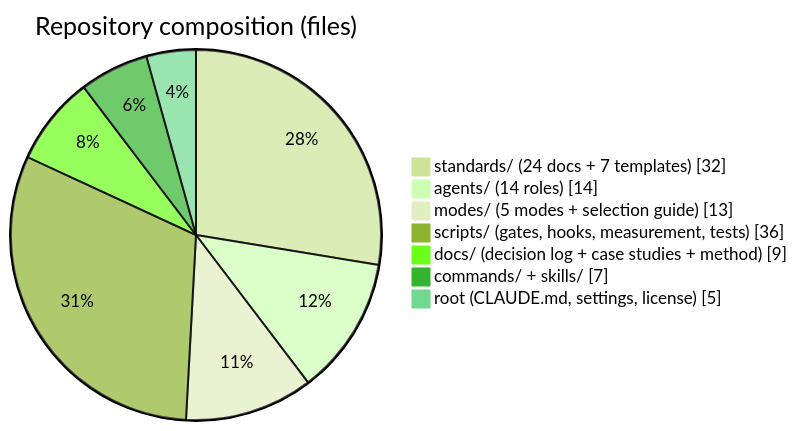
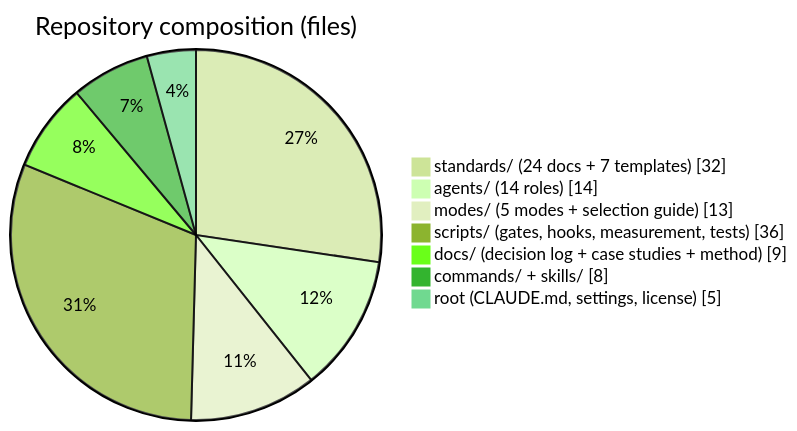
One commit to adyusuf/claude-code-standards changed the second of 4 diagrams in README.md. Above: the diagram before and after it, drawn with Mermaid (forest theme). The commit also changed other lines of this file and 7 other files, not shown here.

````diff
--- a/README.md
+++ b/README.md
@@ -211,10 +211,10 @@
 ```mermaid
 pie showData title Repository composition (files)
  "standards/ (24 docs + 7 templates)" : 32
  "agents/ (14 roles)" : 14
  "modes/ (5 modes + selection guide)" : 13
  "scripts/ (gates, hooks, measurement, tests)" : 36
  "docs/ (decision log + case studies + method)" : 9
- "commands/ + skills/" : 7
+ "commands/ + skills/" : 8
  "root (CLAUDE.md, settings, license)" : 5
 ```
````
